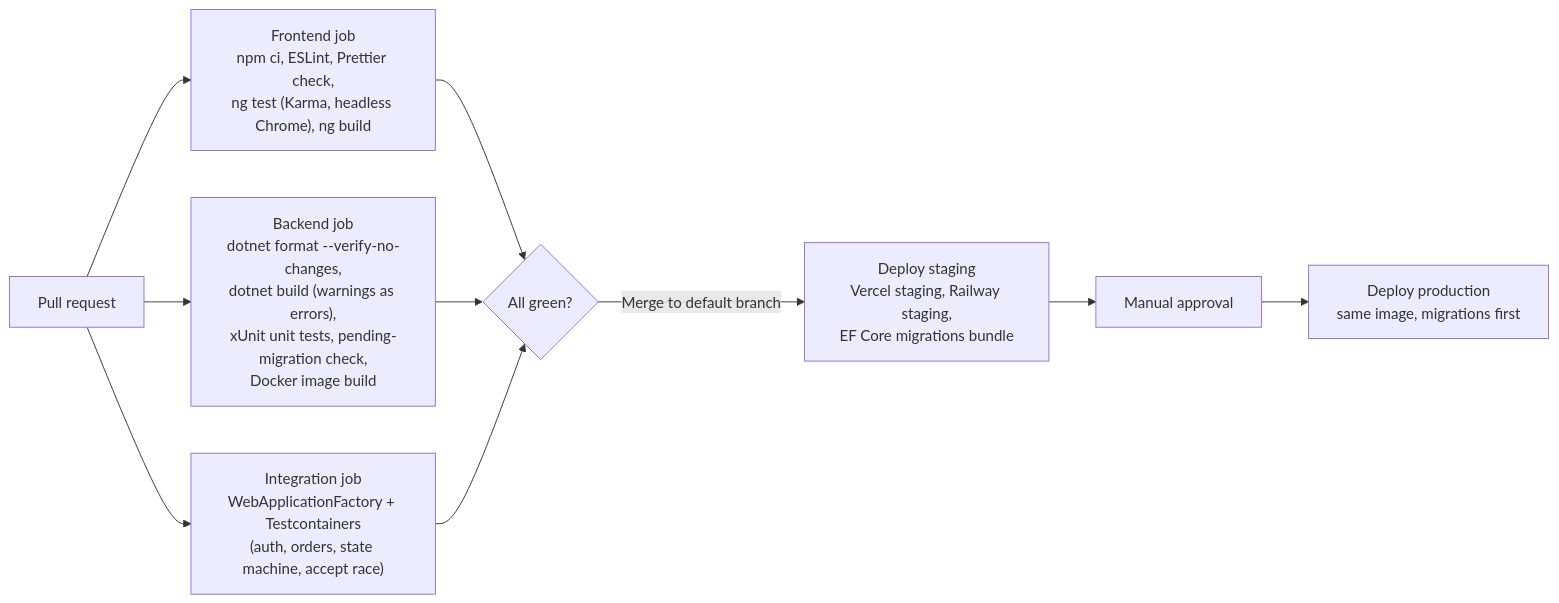
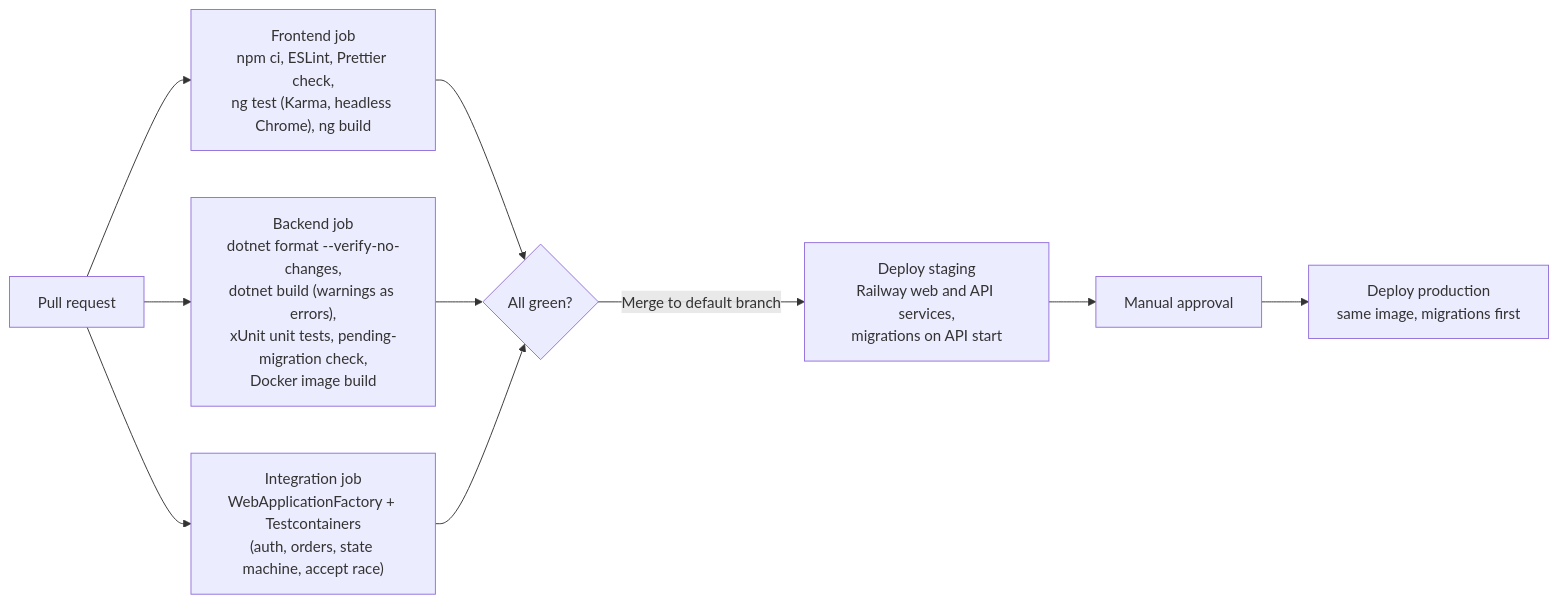
Before and after one commit to ranaagowayyed-maker/Home-to-Home: diagram 11 of 11 in docs/ARCHITECTURE.md, drawn with Mermaid. The commit also changed other lines of this file and 9 other files, not shown here.

First line of the commit message:
Prepare Railway deployment: nginx web service proxying /api to a private API

````diff
--- a/docs/ARCHITECTURE.md
+++ b/docs/ARCHITECTURE.md
@@ -544,12 +543,12 @@
 ```mermaid
 flowchart LR
     pr["Pull request"] --> fe["Frontend job<br/>npm ci, ESLint, Prettier check,<br/>ng test (Karma, headless Chrome), ng build"]
     pr --> be["Backend job<br/>dotnet format --verify-no-changes,<br/>dotnet build (warnings as errors),<br/>xUnit unit tests, pending-migration check,<br/>Docker image build"]
     pr --> it["Integration job<br/>WebApplicationFactory + Testcontainers<br/>(auth, orders, state machine, accept race)"]
     fe --> gate{"All green?"}
     be --> gate
     it --> gate
-    gate -->|"Merge to default branch"| stg["Deploy staging<br/>Vercel staging, Railway staging,<br/>EF Core migrations bundle"]
+    gate -->|"Merge to default branch"| stg["Deploy staging<br/>Railway web and API services,<br/>migrations on API start"]
     stg --> manual["Manual approval"]
     manual --> prod["Deploy production<br/>same image, migrations first"]
 ```
````
